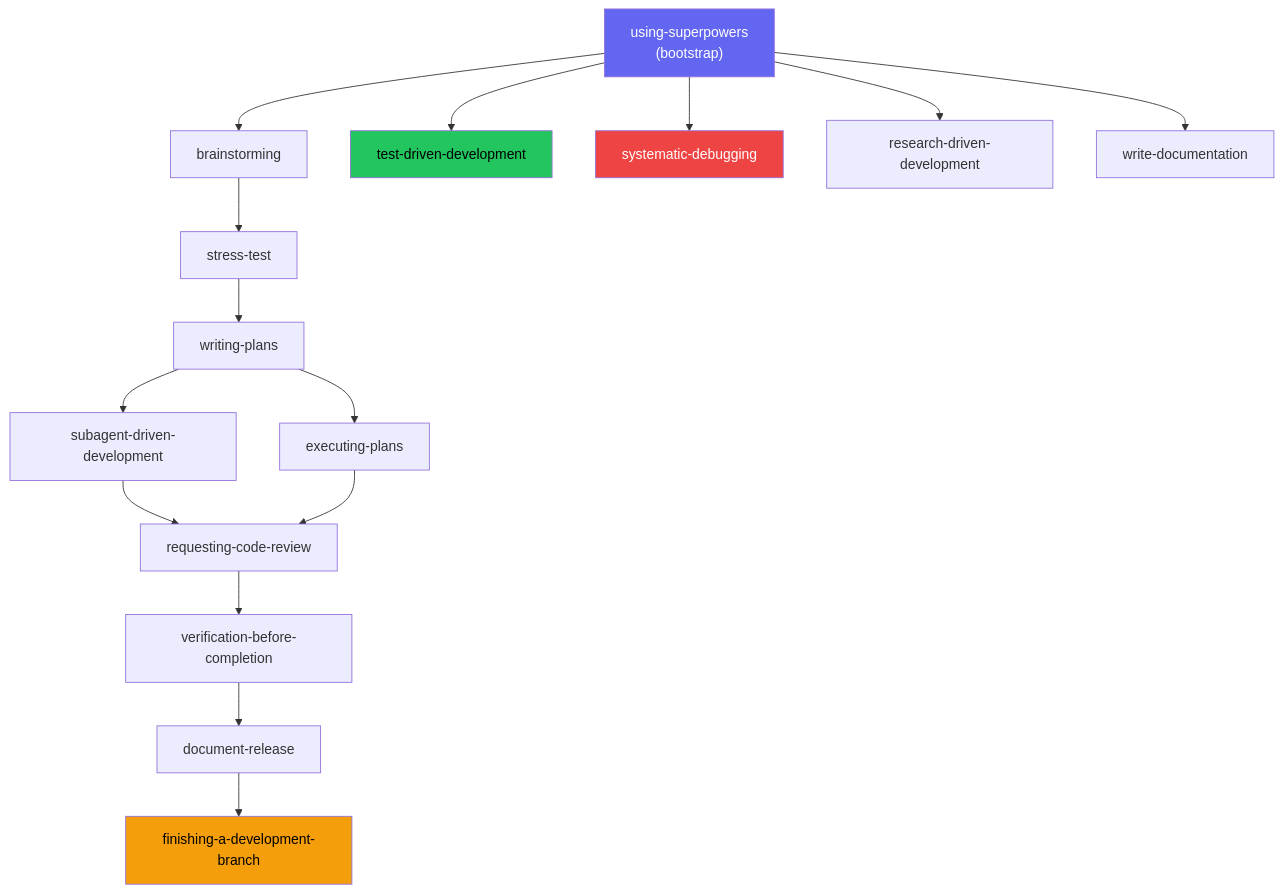
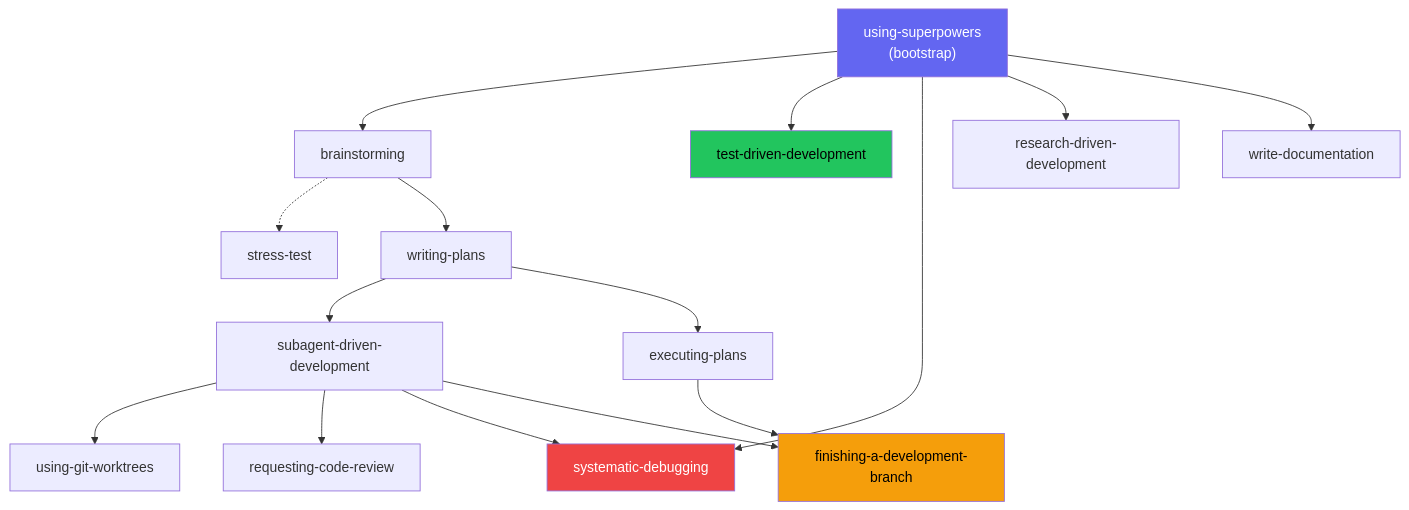
One commit to DollarDill/beads-superpowers changed the second of 2 diagrams in docs/skills.md. Above: the diagram before and after it, drawn with Mermaid. The commit also changed other lines of this file, not shown here.

Commit message:
docs: fix Mermaid skill-chain diagram — direct invocations only (bd-sw0e)
Remove 5 orchestrator-managed edges (ST→WP, RCR→VBC, VBC→DR, DR→FAB,
EP→RCR), add 4 missing direct edges (B→WP, SDD→GW, SDD→SD, SDD→FAB,
EP→FAB), make B→ST dashed (optional). Summary text now explains the
direct-invocation-only principle.

````diff
--- a/docs/skills.md
+++ b/docs/skills.md
@@ -254,22 +254,22 @@
 ```mermaid
 graph TD
   US["using-superpowers<br/>(bootstrap)"] --> B["brainstorming"]
   US --> TDD["test-driven-development"]
   US --> SD["systematic-debugging"]
   US --> RDD["research-driven-development"]
   US --> WD["write-documentation"]
-  B --> ST["stress-test"]
-  ST --> WP["writing-plans"]
+  B -.-> ST["stress-test"]
+  B --> WP["writing-plans"]
   WP --> SDD["subagent-driven-development"]
   WP --> EP["executing-plans"]
+  SDD --> GW["using-git-worktrees"]
   SDD --> RCR["requesting-code-review"]
-  EP --> RCR
-  RCR --> VBC["verification-before-completion"]
-  VBC --> DR["document-release"]
-  DR --> FAB["finishing-a-development-branch"]
+  SDD --> SD
+  SDD --> FAB["finishing-a-development-branch"]
+  EP --> FAB
 
   style US fill:#6366f1,color:#fff
   style FAB fill:#f59e0b,color:#000
   style TDD fill:#22c55e,color:#000
   style SD fill:#ef4444,color:#fff
 ```
````
